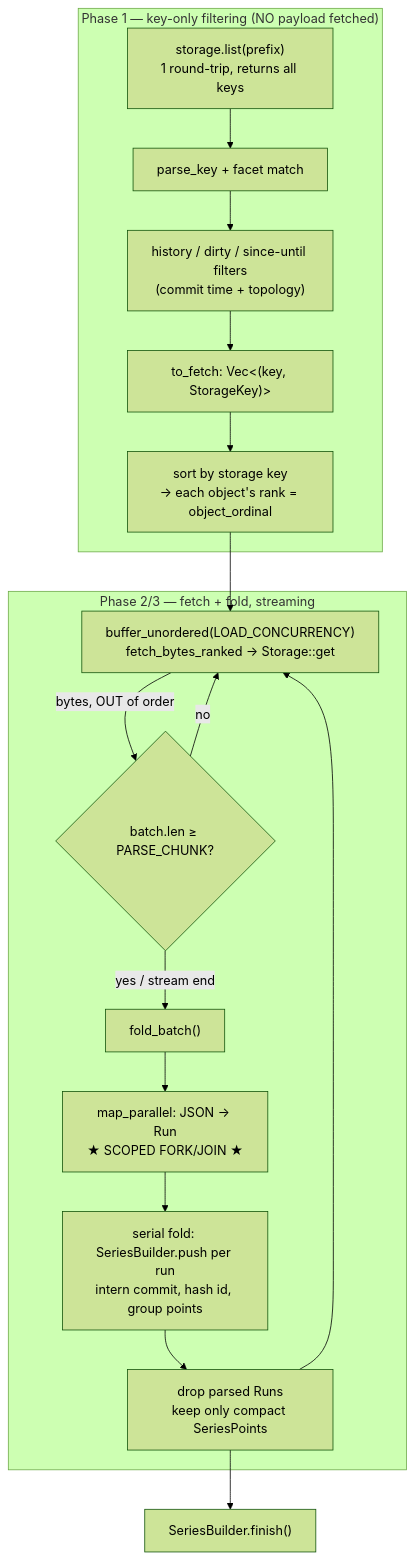
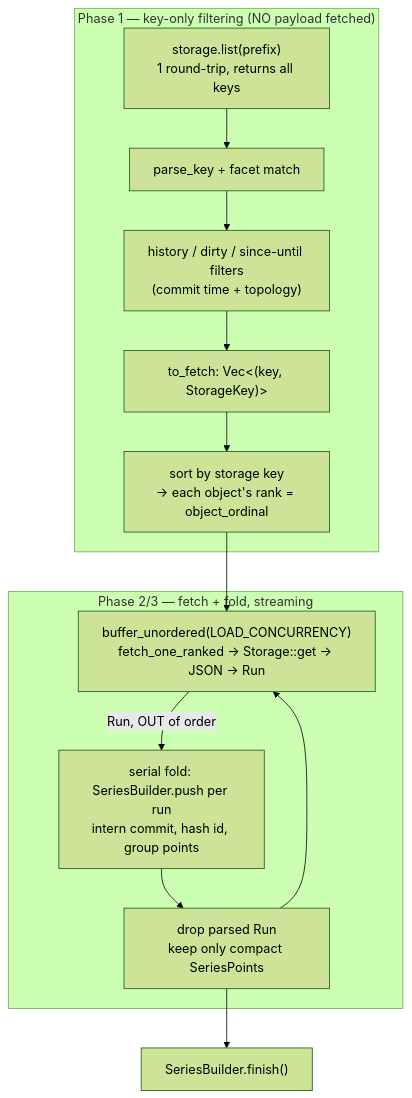
Before and after one commit to folo-rs/folo: the second of 4 diagrams in packages/cargo-bench-history/docs/analyze.md, drawn with Mermaid (forest theme). The commit also changed other lines of this file and 18 other files, not shown here.

First line of the commit message:
perf(cbh-analyze): inject anyspawn Spawner for detection; serial fold/sort

````diff
--- a/packages/cargo-bench-history/docs/analyze.md
+++ b/packages/cargo-bench-history/docs/analyze.md
@@ -62,20 +65,16 @@
 ```mermaid
 flowchart TD
   subgraph P1["Phase 1 — key-only filtering (NO payload fetched)"]
     L["storage.list(prefix)\n1 round-trip, returns all keys"] --> KF["parse_key + facet match"]
     KF --> WF["history / dirty / since-until filters\n(commit time + topology)"]
     WF --> TF["to_fetch: Vec<(key, StorageKey)>"]
     TF --> SK["sort by storage key\n→ each object's rank = object_ordinal"]
   end
   SK --> LOOP
   subgraph P23["Phase 2/3 — fetch + fold, streaming"]
-    LOOP["buffer_unordered(LOAD_CONCURRENCY)\nfetch_bytes_ranked → Storage::get"] -->|"bytes, OUT of order"| BATCH{"batch.len ≥ PARSE_CHUNK?"}
-    BATCH -->|no| LOOP
-    BATCH -->|"yes / stream end"| FOLD["fold_batch()"]
-    FOLD --> PAR["map_parallel: JSON → Run\n★ SCOPED FORK/JOIN ★"]
-    PAR --> SER["serial fold: SeriesBuilder.push per run\nintern commit, hash id, group points"]
-    SER --> DROP["drop parsed Runs\nkeep only compact SeriesPoints"]
+    LOOP["buffer_unordered(LOAD_CONCURRENCY)\nfetch_one_ranked → Storage::get → JSON → Run"] -->|"Run, OUT of order"| FOLD["serial fold: SeriesBuilder.push per run\nintern commit, hash id, group points"]
+    FOLD --> DROP["drop parsed Run\nkeep only compact SeriesPoints"]
     DROP --> LOOP
   end
   DROP --> FIN["SeriesBuilder.finish()"]
 ```
````
